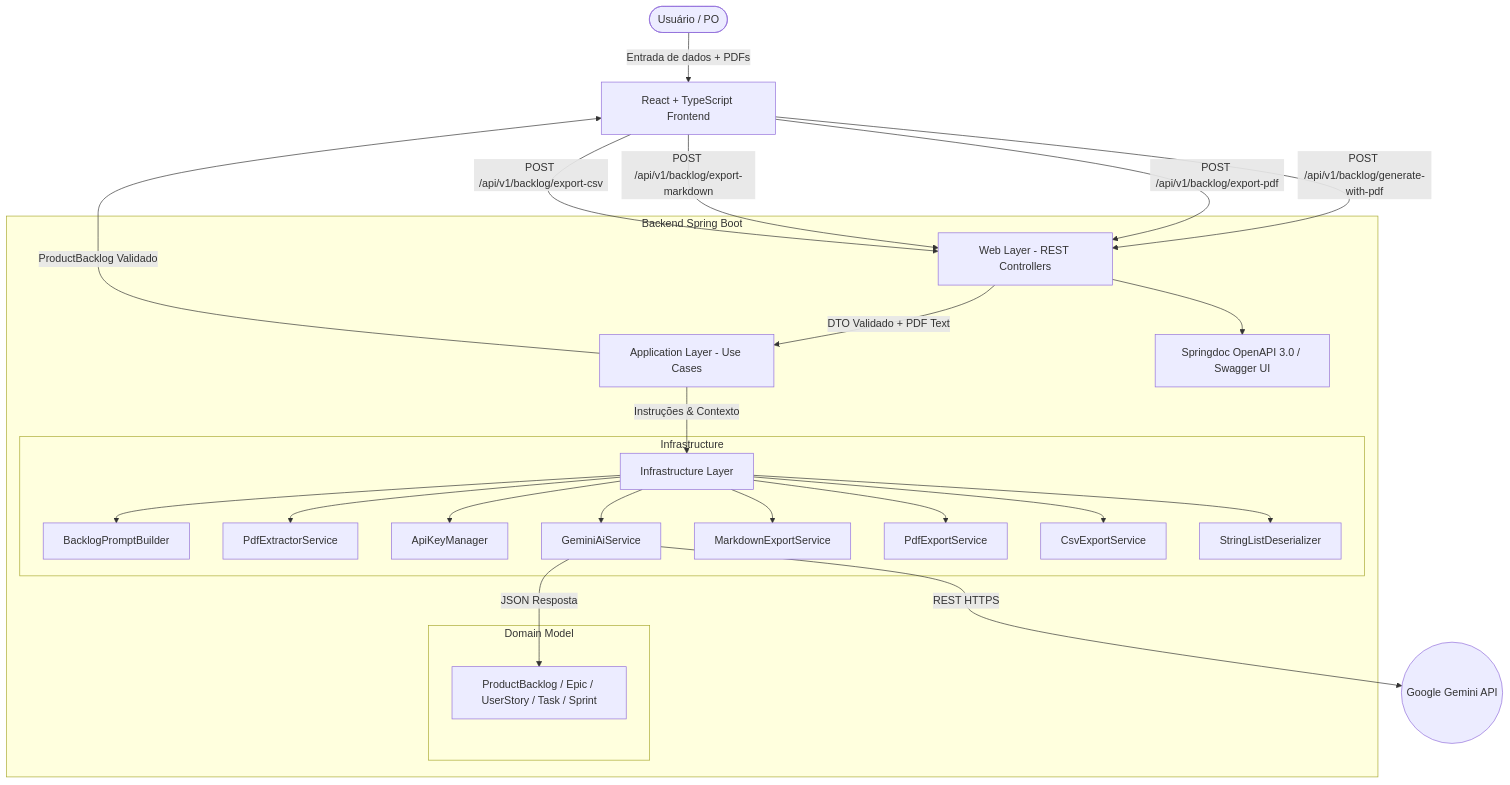
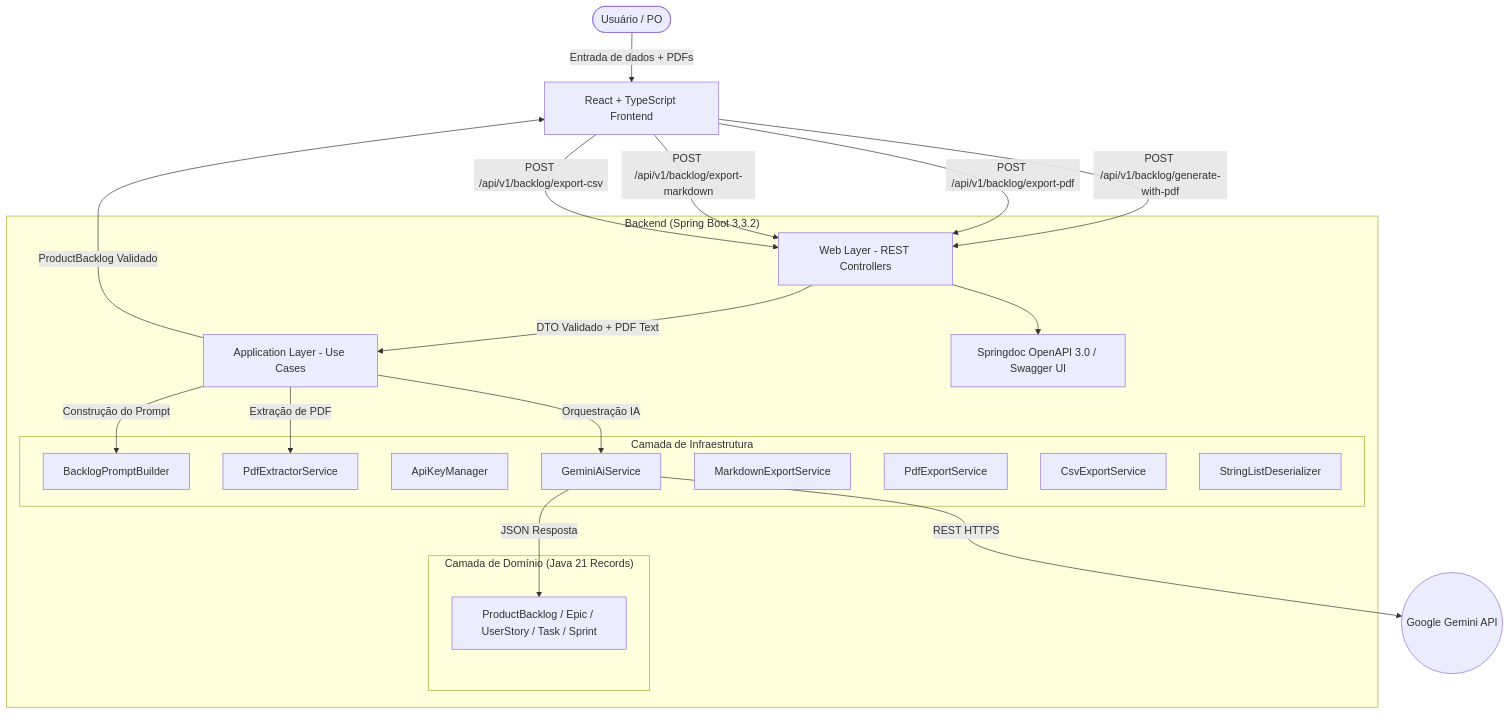
Before and after one commit to DanielDPereira/BacklogForge: the diagram in docs/architecture.md, drawn with Mermaid. The commit also changed 1 other file, not shown here.

Commit message:
fix(docs): corrigir diagrama Mermaid nos arquivos README.md e architecture.md

````diff
--- a/docs/architecture.md
+++ b/docs/architecture.md
@@ -14,34 +14,36 @@
 ```mermaid
 graph TD
     User([Usuário / PO]) -->|Entrada de dados + PDFs| Frontend[React + TypeScript Frontend]
     Frontend -->|POST /api/v1/backlog/generate-with-pdf| WebLayer[Web Layer - REST Controllers]
     Frontend -->|POST /api/v1/backlog/export-pdf| WebLayer
     Frontend -->|POST /api/v1/backlog/export-markdown| WebLayer
     Frontend -->|POST /api/v1/backlog/export-csv| WebLayer
     
-    subgraph Backend Spring Boot
+    subgraph BackendApp ["Backend (Spring Boot 3.3.2)"]
         WebLayer -->|DTO Validado + PDF Text| AppLayer[Application Layer - Use Cases]
         WebLayer --> Swagger[Springdoc OpenAPI 3.0 / Swagger UI]
-        AppLayer -->|Instruções & Contexto| InfraLayer[Infrastructure Layer]
         
-        subgraph Infrastructure
-            InfraLayer --> PromptBuilder[BacklogPromptBuilder]
-            InfraLayer --> PDFBox[PdfExtractorService]
-            InfraLayer --> ApiKeyManager[ApiKeyManager]
-            InfraLayer --> GeminiService[GeminiAiService]
-            InfraLayer --> MarkdownExport[MarkdownExportService]
-            InfraLayer --> PdfExport[PdfExportService]
-            InfraLayer --> CsvExport[CsvExportService]
-            InfraLayer --> Deserializers[StringListDeserializer]
+        subgraph InfraGroup ["Camada de Infraestrutura"]
+            PromptBuilder[BacklogPromptBuilder]
+            PDFBox[PdfExtractorService]
+            ApiKeyManager[ApiKeyManager]
+            GeminiService[GeminiAiService]
+            MarkdownExport[MarkdownExportService]
+            PdfExport[PdfExportService]
+            CsvExport[CsvExportService]
+            Deserializers[StringListDeserializer]
         end
         
-        subgraph Domain Model
-            Domain[ProductBacklog / Epic / UserStory / Task / Sprint]
+        subgraph DomainLayer ["Camada de Domínio (Java 21 Records)"]
+            DomainEntities["ProductBacklog / Epic / UserStory / Task / Sprint"]
         end
         
-        GeminiService -->|JSON Resposta| Domain
+        AppLayer -->|Extração de PDF| PDFBox
+        AppLayer -->|Construção do Prompt| PromptBuilder
+        AppLayer -->|Orquestração IA| GeminiService
+        GeminiService -->|JSON Resposta| DomainEntities
     end
     
     GeminiService -->|REST HTTPS| GeminiAPI((Google Gemini API))
     AppLayer -->|ProductBacklog Validado| Frontend
 ```
````
